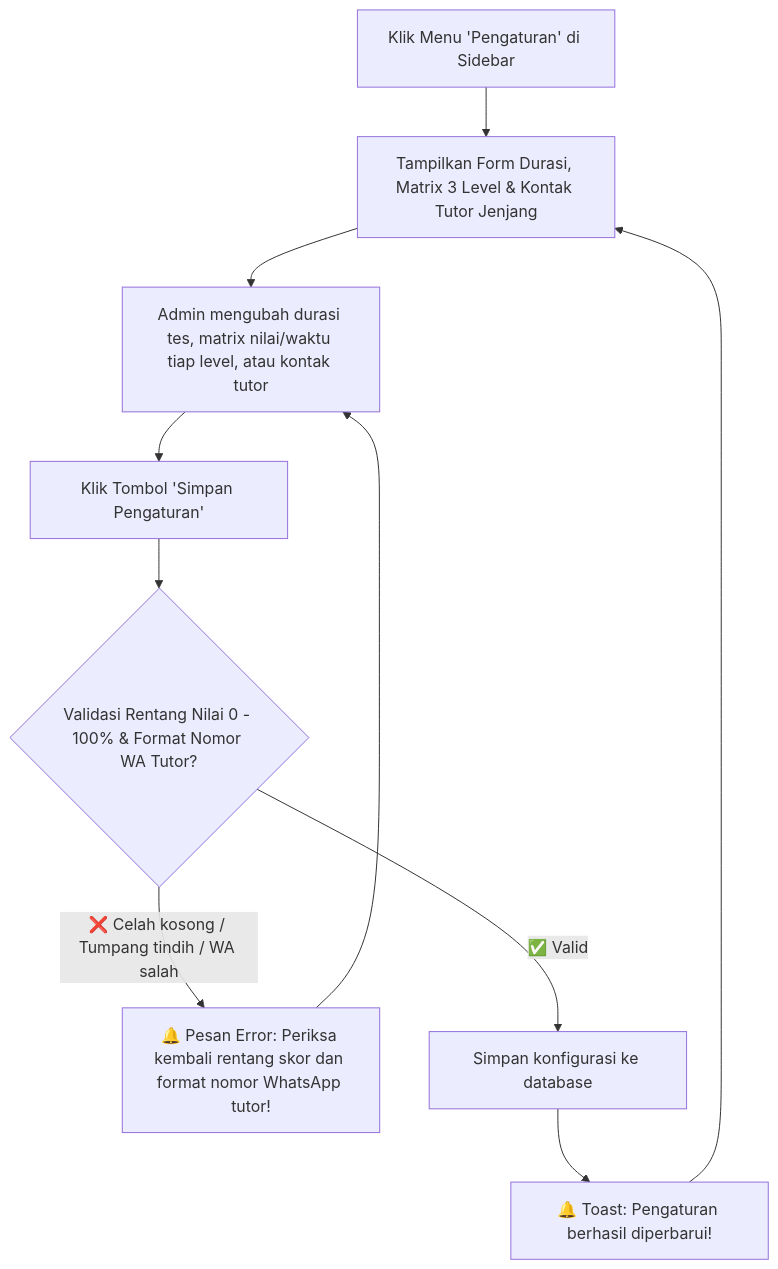
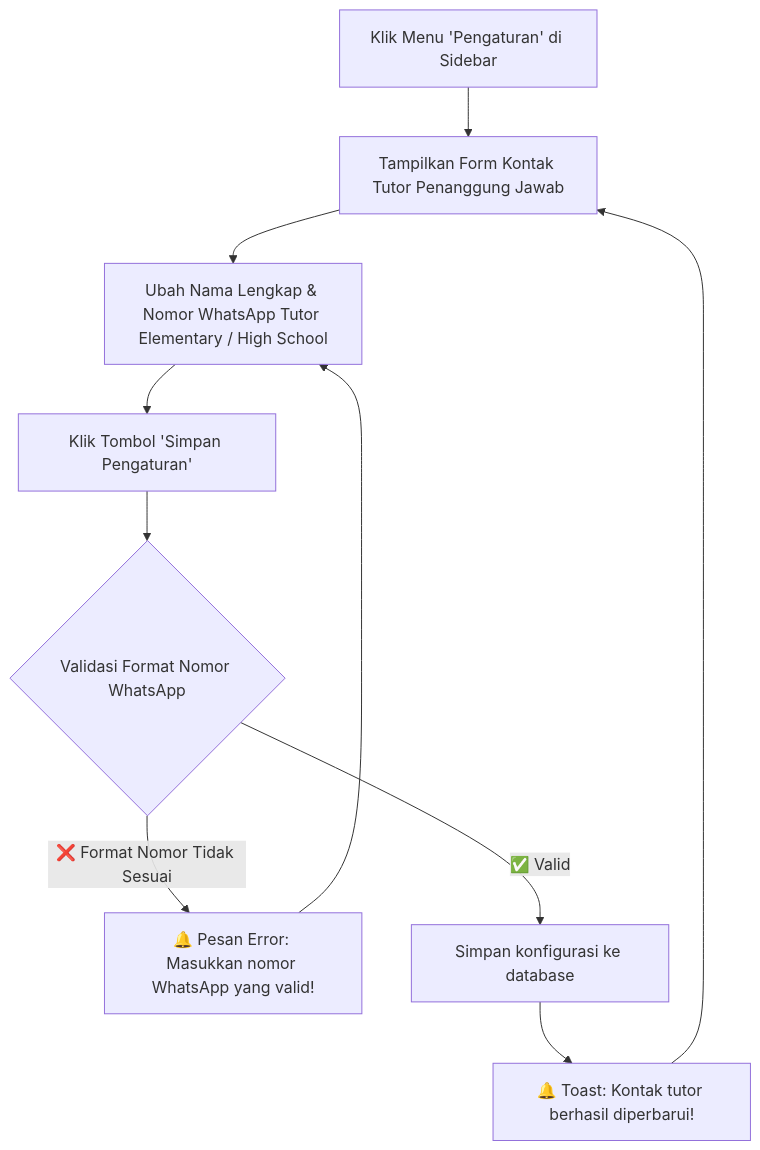
One commit to septianof/up-speaking changed the ninth of 13 diagrams in UI_FLOW.md. Above: the diagram before and after it, drawn with Mermaid. The commit also changed other lines of this file and 3 other files, not shown here.

Commit message:
docs: perbarui prd, ui flow, task breakdown, dan agents sesuai arsitektur baru

````diff
--- a/UI_FLOW.md
+++ b/UI_FLOW.md
@@ -356,15 +377,13 @@
 ```mermaid
 flowchart TD
-    A["Klik Menu 'Pengaturan' di Sidebar"] --> B["Tampilkan Form Durasi, Matrix 3 Level & Kontak Tutor Jenjang"]
-
-    B --> C["Admin mengubah durasi tes, matrix nilai/waktu tiap level, atau kontak tutor"]
+    A["Klik Menu 'Pengaturan' di Sidebar"] --> B["Tampilkan Form Kontak Tutor Penanggung Jawab"]
+    B --> C["Ubah Nama Lengkap & Nomor WhatsApp Tutor Elementary / High School"]
     C --> D["Klik Tombol 'Simpan Pengaturan'"]
 
-    D --> E{"Validasi Rentang Nilai 0 - 100% & Format Nomor WA Tutor?"}
-    E -->|❌ Celah kosong / Tumpang tindih / WA salah| F["🔔 Pesan Error: Periksa kembali rentang skor dan format nomor WhatsApp tutor!"]
+    D --> E{"Validasi Format Nomor WhatsApp"}
+    E -->|❌ Format Nomor Tidak Sesuai| F["🔔 Pesan Error: Masukkan nomor WhatsApp yang valid!"]
     F --> C
-
     E -->|✅ Valid| G["Simpan konfigurasi ke database"]
-    G --> H["🔔 Toast: Pengaturan berhasil diperbarui!"]
+    G --> H["🔔 Toast: Kontak tutor berhasil diperbarui!"]
     H --> B
 ```
````
